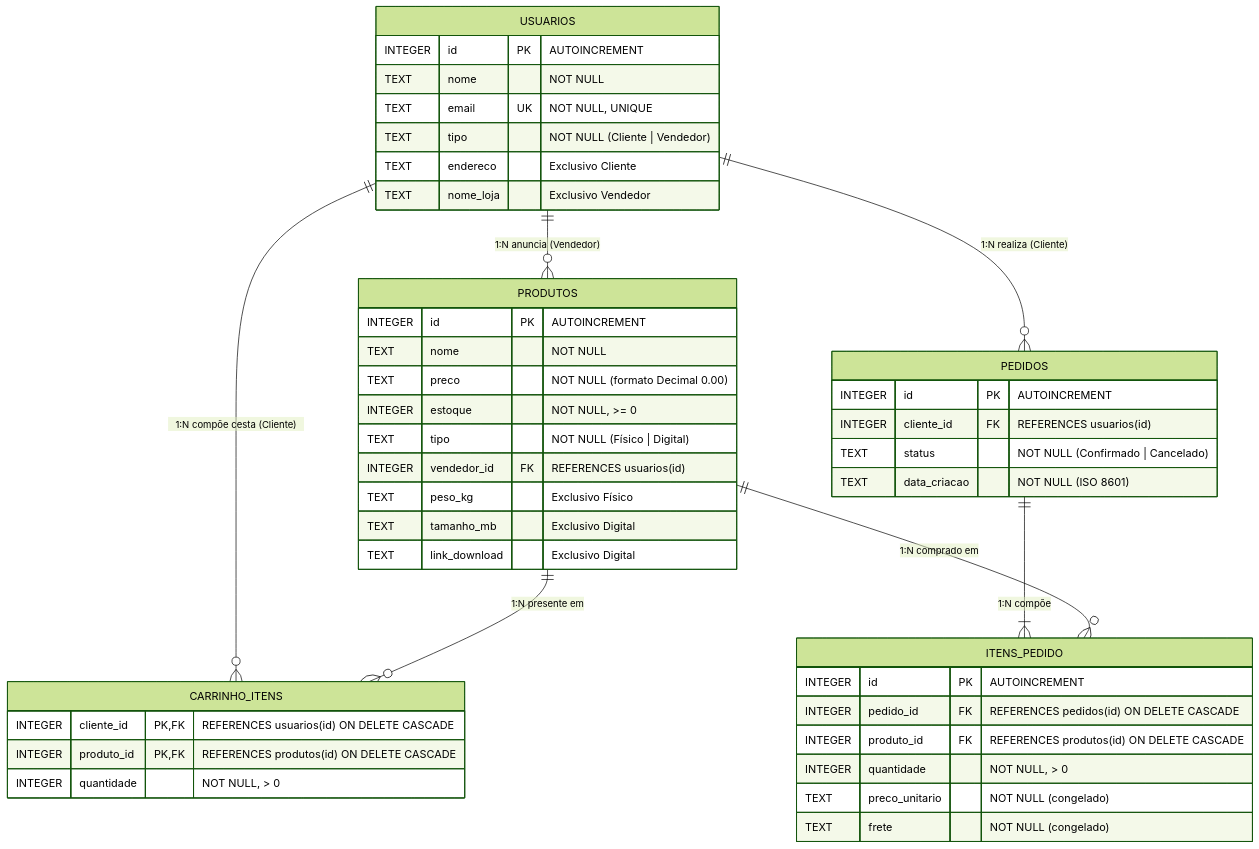
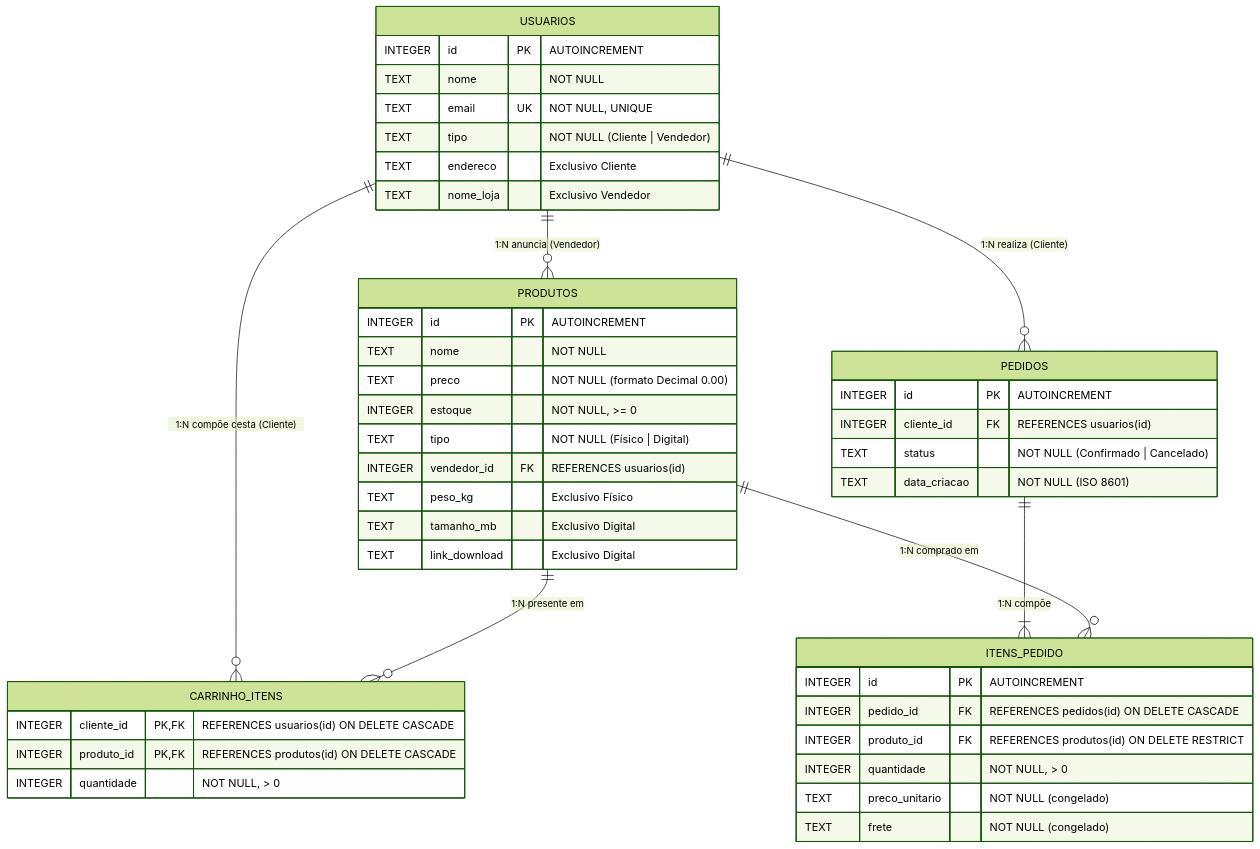
One commit to kinolu100-del/marketplace-poo-python changed the second of 3 diagrams in docs/uml.md. Above: the diagram before and after it, drawn with Mermaid (forest theme). The commit also changed 8 other files, not shown here.

````diff
--- a/docs/uml.md
+++ b/docs/uml.md
@@ -219,52 +219,52 @@
 ```mermaid
 erDiagram
     USUARIOS {
         INTEGER id PK "AUTOINCREMENT"
         TEXT nome "NOT NULL"
         TEXT email UK "NOT NULL, UNIQUE"
         TEXT tipo "NOT NULL (Cliente | Vendedor)"
         TEXT endereco "Exclusivo Cliente"
         TEXT nome_loja "Exclusivo Vendedor"
     }
 
     PRODUTOS {
         INTEGER id PK "AUTOINCREMENT"
         TEXT nome "NOT NULL"
         TEXT preco "NOT NULL (formato Decimal 0.00)"
         INTEGER estoque "NOT NULL, >= 0"
         TEXT tipo "NOT NULL (Físico | Digital)"
         INTEGER vendedor_id FK "REFERENCES usuarios(id)"
         TEXT peso_kg "Exclusivo Físico"
         TEXT tamanho_mb "Exclusivo Digital"
         TEXT link_download "Exclusivo Digital"
     }
 
     CARRINHO_ITENS {
         INTEGER cliente_id PK,FK "REFERENCES usuarios(id) ON DELETE CASCADE"
         INTEGER produto_id PK,FK "REFERENCES produtos(id) ON DELETE CASCADE"
         INTEGER quantidade "NOT NULL, > 0"
     }
 
     PEDIDOS {
         INTEGER id PK "AUTOINCREMENT"
         INTEGER cliente_id FK "REFERENCES usuarios(id)"
         TEXT status "NOT NULL (Confirmado | Cancelado)"
         TEXT data_criacao "NOT NULL (ISO 8601)"
     }
 
     ITENS_PEDIDO {
         INTEGER id PK "AUTOINCREMENT"
         INTEGER pedido_id FK "REFERENCES pedidos(id) ON DELETE CASCADE"
-        INTEGER produto_id FK "REFERENCES produtos(id) ON DELETE CASCADE"
+        INTEGER produto_id FK "REFERENCES produtos(id) ON DELETE RESTRICT"
         INTEGER quantidade "NOT NULL, > 0"
         TEXT preco_unitario "NOT NULL (congelado)"
         TEXT frete "NOT NULL (congelado)"
     }
 
     USUARIOS ||--o{ PRODUTOS : "1:N anuncia (Vendedor)"
     USUARIOS ||--o{ PEDIDOS : "1:N realiza (Cliente)"
     USUARIOS ||--o{ CARRINHO_ITENS : "1:N compõe cesta (Cliente)"
     PRODUTOS ||--o{ CARRINHO_ITENS : "1:N presente em"
     PEDIDOS ||--|{ ITENS_PEDIDO : "1:N compõe"
     PRODUTOS ||--o{ ITENS_PEDIDO : "1:N comprado em"
 ```
````
